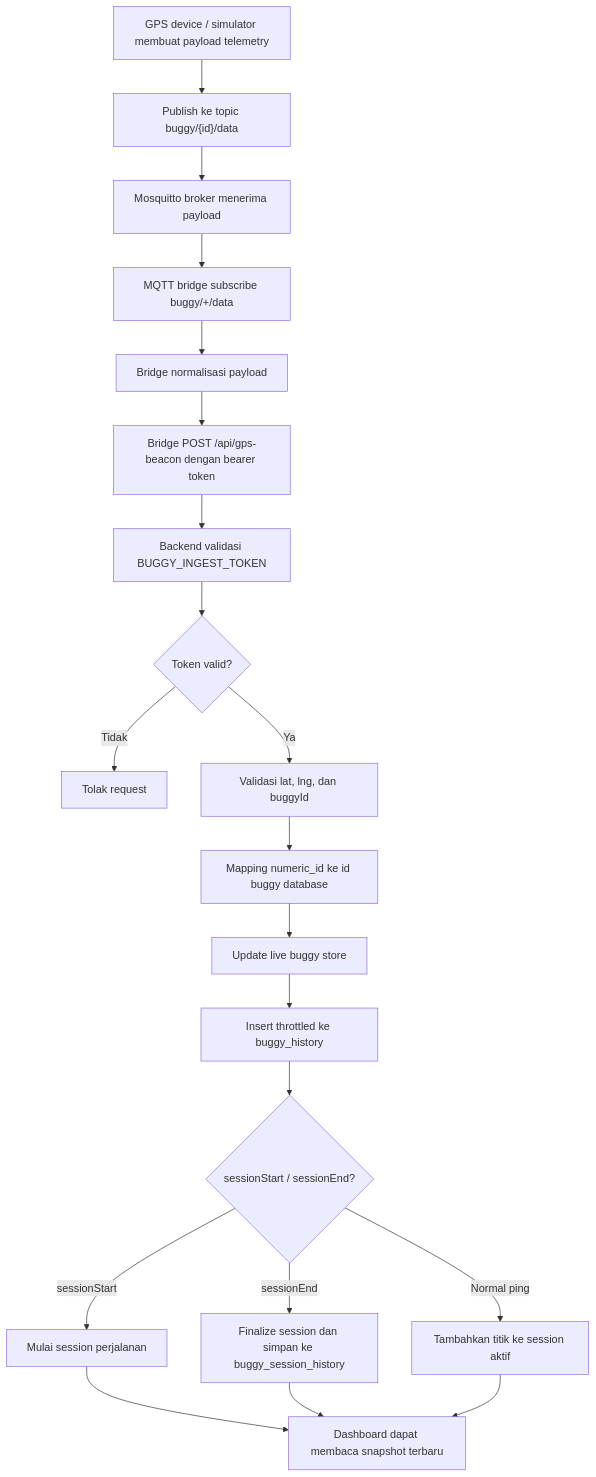
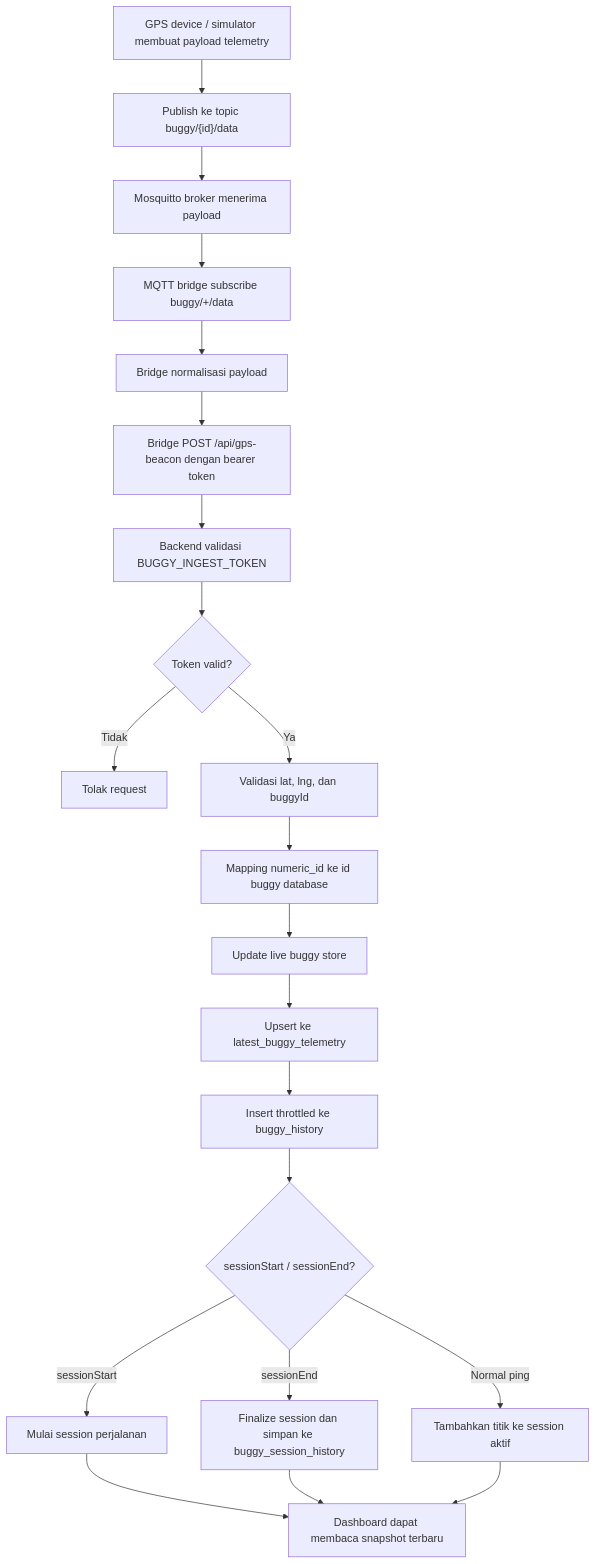
One commit to Rifqin-11/Undip-Bus-Tracking changed the seventh of 10 diagrams in SKRIPSI_USECASE_ACTIVITY_DATABASE.md. Above: the diagram before and after it, drawn with Mermaid. The commit also changed other lines of this file and 17 other files, not shown here.

````diff
--- a/SKRIPSI_USECASE_ACTIVITY_DATABASE.md
+++ b/SKRIPSI_USECASE_ACTIVITY_DATABASE.md
@@ -377,22 +377,23 @@
 ```mermaid
 flowchart TD
     A["GPS device / simulator membuat payload telemetry"] --> B["Publish ke topic buggy/{id}/data"]
     B --> C["Mosquitto broker menerima payload"]
     C --> D["MQTT bridge subscribe buggy/+/data"]
     D --> E["Bridge normalisasi payload"]
     E --> F["Bridge POST /api/gps-beacon dengan bearer token"]
     F --> G["Backend validasi BUGGY_INGEST_TOKEN"]
     G --> H{Token valid?}
     H -- "Tidak" --> I["Tolak request"]
     H -- "Ya" --> J["Validasi lat, lng, dan buggyId"]
     J --> K["Mapping numeric_id ke id buggy database"]
     K --> L["Update live buggy store"]
-    L --> M["Insert throttled ke buggy_history"]
+    L --> L2["Upsert ke latest_buggy_telemetry"]
+    L2 --> M["Insert throttled ke buggy_history"]
     M --> N{sessionStart / sessionEnd?}
     N -- "sessionStart" --> O["Mulai session perjalanan"]
     N -- "sessionEnd" --> P["Finalize session dan simpan ke buggy_session_history"]
     N -- "Normal ping" --> Q["Tambahkan titik ke session aktif"]
     O --> R["Dashboard dapat membaca snapshot terbaru"]
     P --> R
     Q --> R
 ```
````
